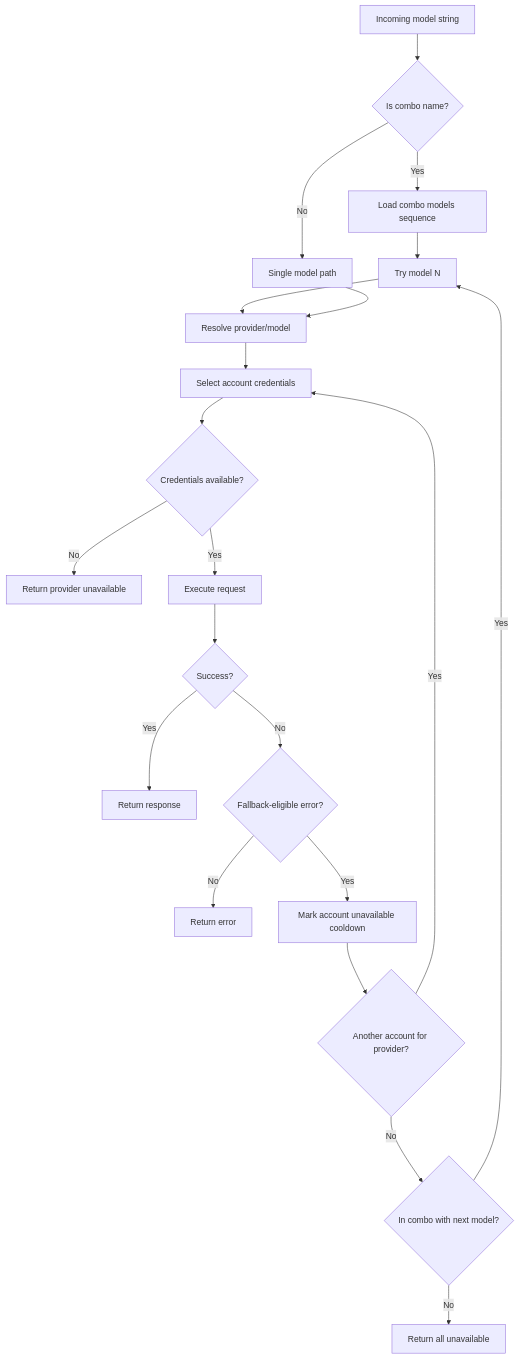
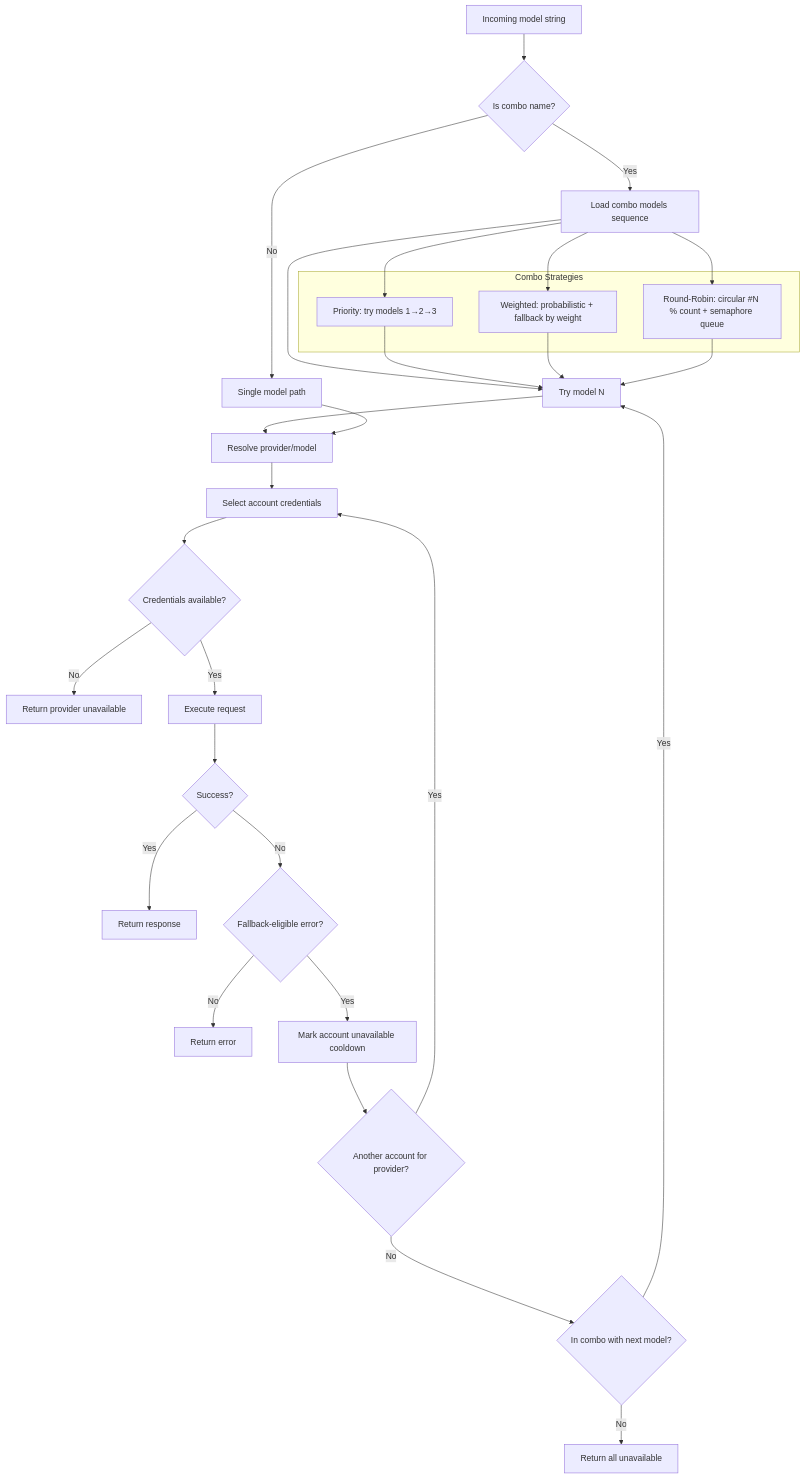
The third of 8 diagrams in docs/ARCHITECTURE.md (diegosouzapw/9router), drawn with Mermaid before and after one commit. The commit also changed other lines of this file and 9 other files, not shown here.

````diff
--- a/docs/ARCHITECTURE.md
+++ b/docs/ARCHITECTURE.md
@@ -228,27 +233,39 @@
 ```mermaid
 flowchart TD
     A[Incoming model string] --> B{Is combo name?}
     B -- Yes --> C[Load combo models sequence]
     B -- No --> D[Single model path]
 
     C --> E[Try model N]
     E --> F[Resolve provider/model]
     D --> F
 
     F --> G[Select account credentials]
     G --> H{Credentials available?}
     H -- No --> I[Return provider unavailable]
     H -- Yes --> J[Execute request]
 
     J --> K{Success?}
     K -- Yes --> L[Return response]
     K -- No --> M{Fallback-eligible error?}
 
     M -- No --> N[Return error]
     M -- Yes --> O[Mark account unavailable cooldown]
     O --> P{Another account for provider?}
     P -- Yes --> G
     P -- No --> Q{In combo with next model?}
     Q -- Yes --> E
     Q -- No --> R[Return all unavailable]
+
+    subgraph Combo Strategies
+        S1["Priority: try models 1→2→3"]
+        S2["Weighted: probabilistic + fallback by weight"]
+        S3["Round-Robin: circular #N % count + semaphore queue"]
+    end
+    C --> S1
+    C --> S2
+    C --> S3
+    S1 --> E
+    S2 --> E
+    S3 --> E
 ```
````
